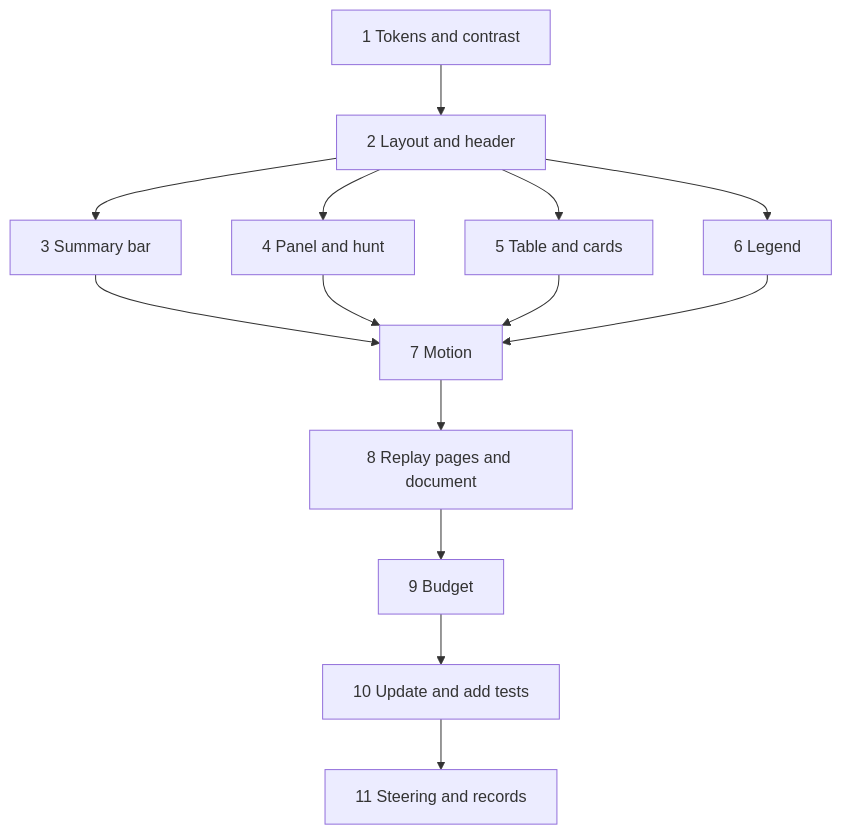
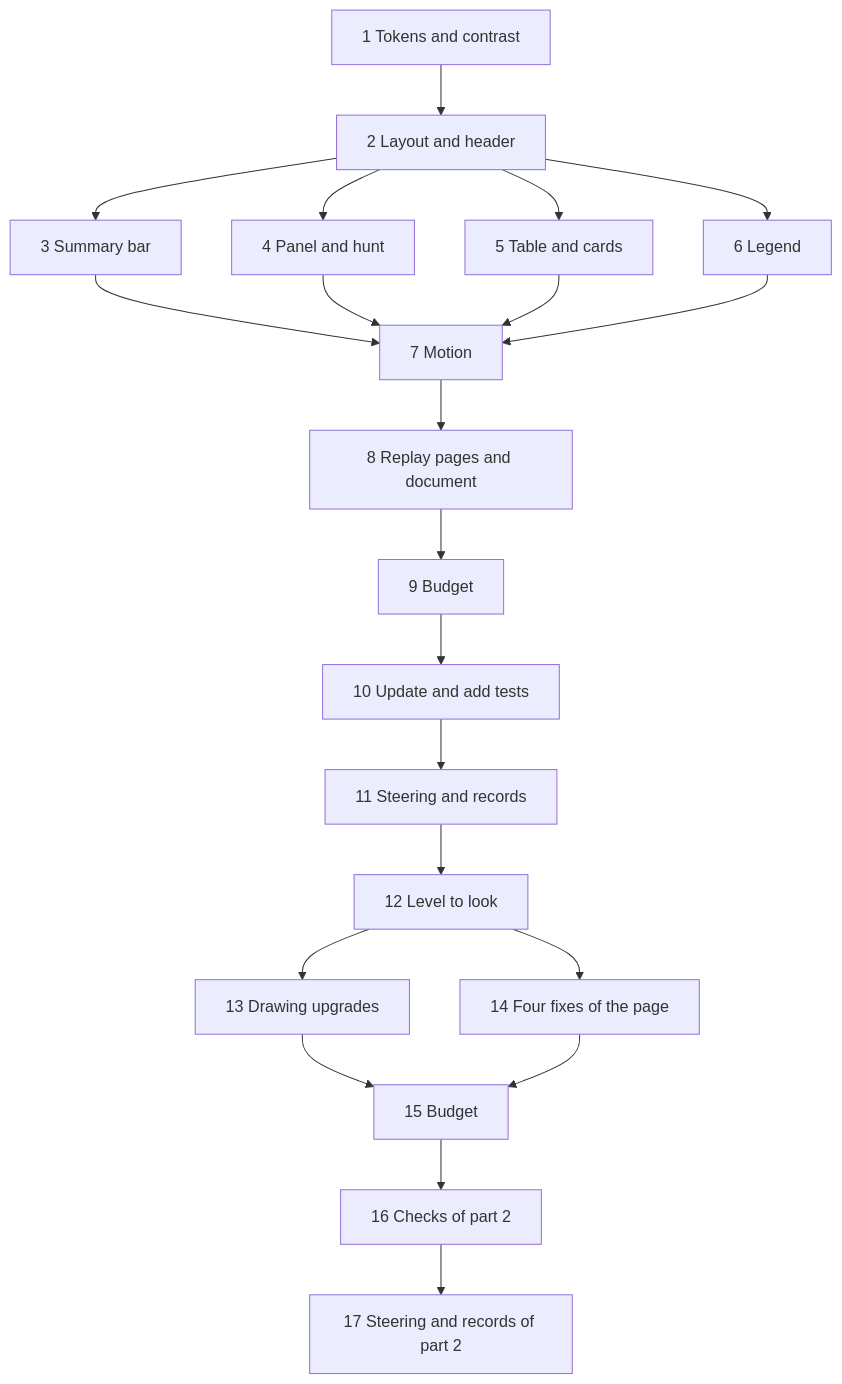
One commit to Akar-Samudra-Artifisial/Haunted-Ops changed the diagram in .kiro/specs/visual-refresh/tasks.md. Above: the diagram before and after it, drawn with Mermaid. The commit also changed other lines of this file and 27 other files, not shown here.

````diff
--- a/.kiro/specs/visual-refresh/tasks.md
+++ b/.kiro/specs/visual-refresh/tasks.md
@@ -88,16 +136,23 @@
 ```mermaid
 graph TD
   T1[1 Tokens and contrast] --> T2[2 Layout and header]
   T2 --> T3[3 Summary bar]
   T2 --> T4[4 Panel and hunt]
   T2 --> T5[5 Table and cards]
   T2 --> T6[6 Legend]
   T3 --> T7[7 Motion]
   T4 --> T7
   T5 --> T7
   T6 --> T7
   T7 --> T8[8 Replay pages and document]
   T8 --> T9[9 Budget]
   T9 --> T10[10 Update and add tests]
   T10 --> T11[11 Steering and records]
+  T11 --> T12[12 Level to look]
+  T12 --> T13[13 Drawing upgrades]
+  T12 --> T14[14 Four fixes of the page]
+  T13 --> T15[15 Budget]
+  T14 --> T15
+  T15 --> T16[16 Checks of part 2]
+  T16 --> T17[17 Steering and records of part 2]
 ```
````
